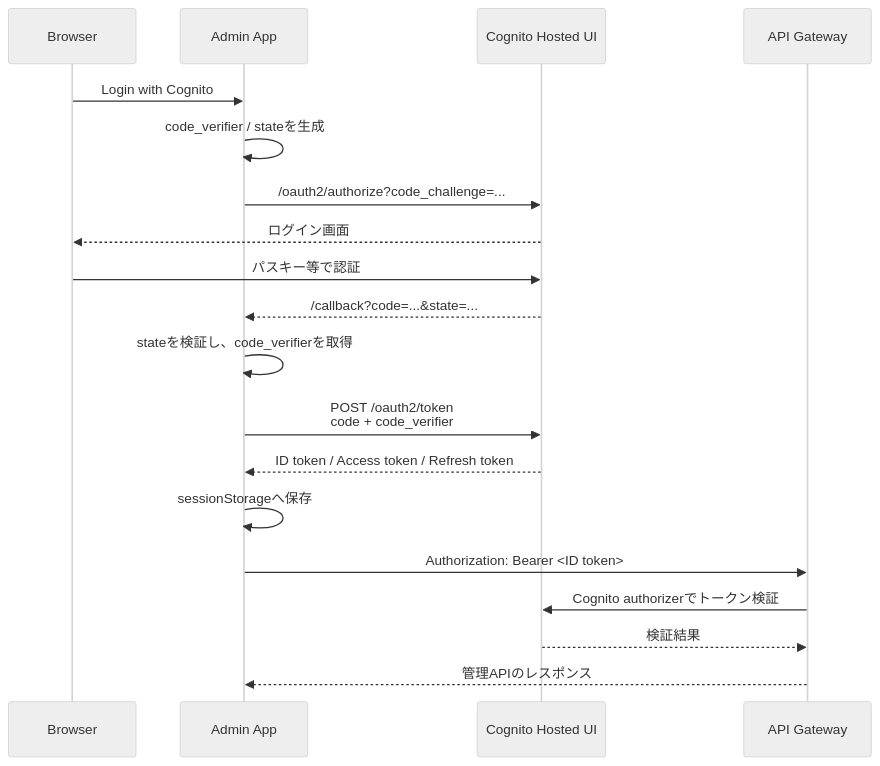
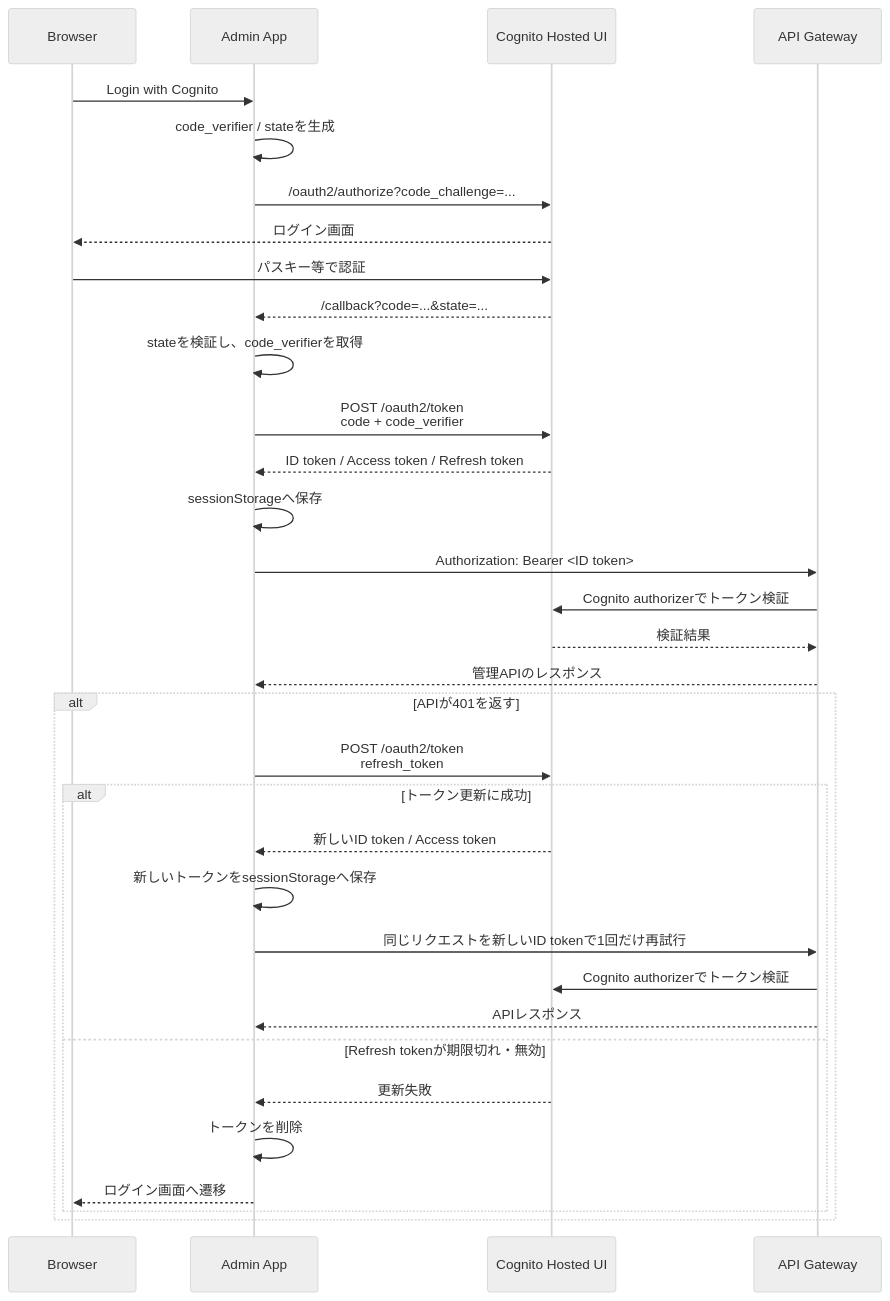
The first of 2 diagrams in README.md (Kyoya67/kyo8-portfolio), drawn with Mermaid (neutral theme) before and after one commit. The commit also changed 1 other file, not shown here.

Commit message:
feat: enhance token management in API client with refresh token handling

``````diff
--- a/README.md
+++ b/README.md
@@ -75,22 +75,36 @@
-```mermaid
+`````mermaid
 sequenceDiagram
     participant B as Browser
     participant A as Admin App
     participant C as Cognito Hosted UI
     participant API as API Gateway
 
     B->>A: Login with Cognito
     A->>A: code_verifier / stateを生成
     A->>C: /oauth2/authorize?code_challenge=...
     C-->>B: ログイン画面
     B->>C: パスキー等で認証
     C-->>A: /callback?code=...&state=...
     A->>A: stateを検証し、code_verifierを取得
     A->>C: POST /oauth2/token<br/>code + code_verifier
     C-->>A: ID token / Access token / Refresh token
     A->>A: sessionStorageへ保存
     A->>API: Authorization: Bearer <ID token>
     API->>C: Cognito authorizerでトークン検証
     C-->>API: 検証結果
     API-->>A: 管理APIのレスポンス
-```
+    alt APIが401を返す
+        A->>C: POST /oauth2/token<br/>refresh_token
+        alt トークン更新に成功
+            C-->>A: 新しいID token / Access token
+            A->>A: 新しいトークンをsessionStorageへ保存
+            A->>API: 同じリクエストを新しいID tokenで1回だけ再試行
+            API->>C: Cognito authorizerでトークン検証
+            API-->>A: APIレスポンス
+        else Refresh tokenが期限切れ・無効
+            C-->>A: 更新失敗
+            A->>A: トークンを削除
+            A-->>B: ログイン画面へ遷移
+        end
+    end
+`````
``````
